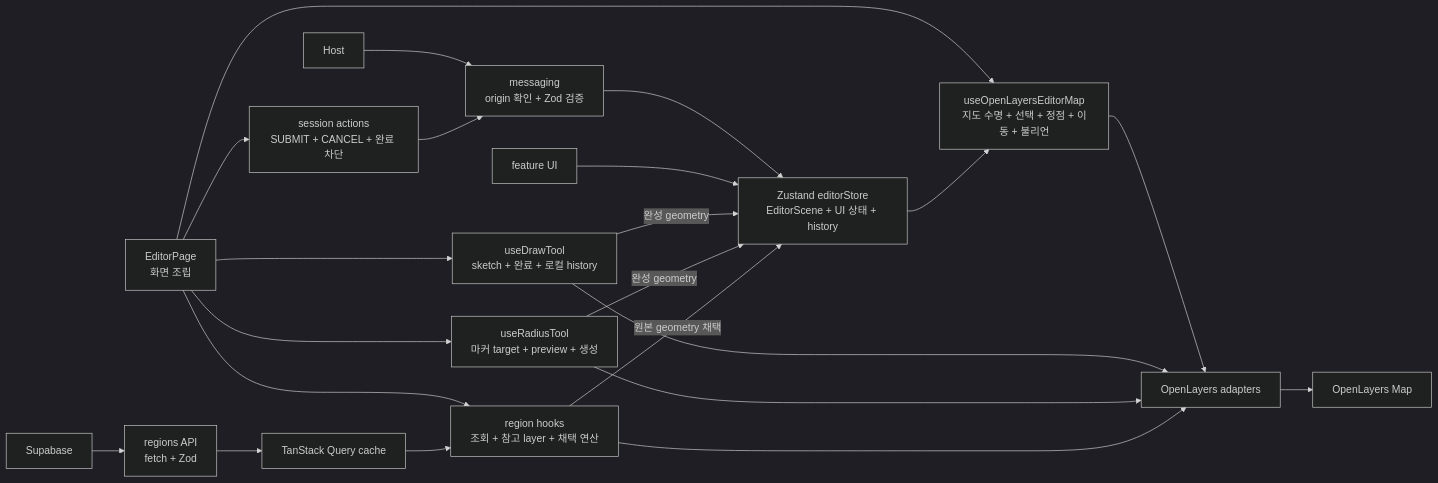
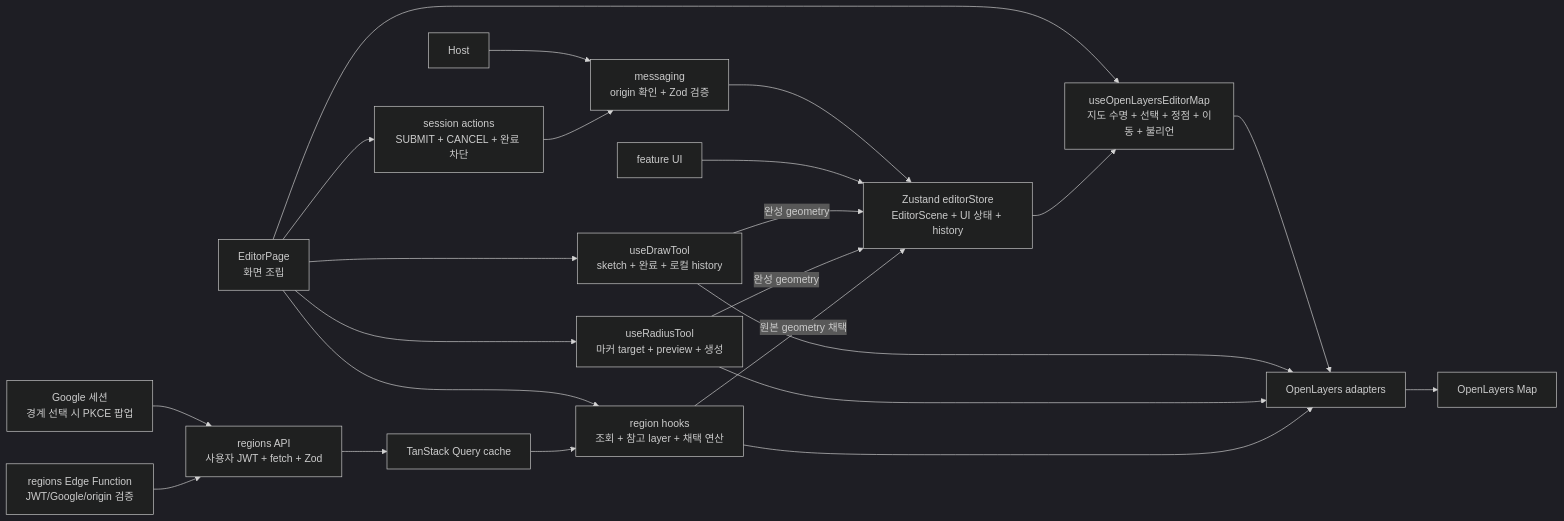
Before and after one commit to kimik-hyum/map-editor: the first of 2 diagrams in src/pages/editor/ARCHITECTURE.md, drawn with Mermaid (dark theme). The commit also changed other lines of this file and 39 other files, not shown here.

````diff
--- a/src/pages/editor/ARCHITECTURE.md
+++ b/src/pages/editor/ARCHITECTURE.md
@@ -12,27 +12,28 @@
 ```mermaid
 flowchart LR
   Host["Host"] --> Messaging["messaging<br/>origin 확인 + Zod 검증"]
   Messaging --> Store["Zustand editorStore<br/>EditorScene + UI 상태 + history"]
 
   Page["EditorPage<br/>화면 조립"] --> MapHook["useOpenLayersEditorMap<br/>지도 수명 + 선택 + 정점 + 이동 + 불리언"]
   Page --> DrawHook["useDrawTool<br/>sketch + 완료 + 로컬 history"]
   Page --> RadiusHook["useRadiusTool<br/>마커 target + preview + 생성"]
   Page --> RegionHooks["region hooks<br/>조회 + 참고 layer + 채택 연산"]
   Page --> Session["session actions<br/>SUBMIT + CANCEL + 완료 차단"]
   FeatureUI["feature UI"] --> Store
   Store --> MapHook
   DrawHook -- "완성 geometry" --> Store
   RadiusHook -- "완성 geometry" --> Store
   Session --> Messaging
 
-  Supabase["Supabase"] --> RegionApi["regions API<br/>fetch + Zod"]
+  Auth["Google 세션<br/>경계 선택 시 PKCE 팝업"] --> RegionApi["regions API<br/>사용자 JWT + fetch + Zod"]
+  Supabase["regions Edge Function<br/>JWT/Google/origin 검증"] --> RegionApi
   RegionApi --> Query["TanStack Query cache"]
   Query --> RegionHooks
 
   MapHook --> Adapters["OpenLayers adapters"]
   DrawHook --> Adapters
   RadiusHook --> Adapters
   RegionHooks --> Adapters
   RegionHooks -- "원본 geometry 채택" --> Store
   Adapters --> OpenLayers["OpenLayers Map"]
 ```
````
